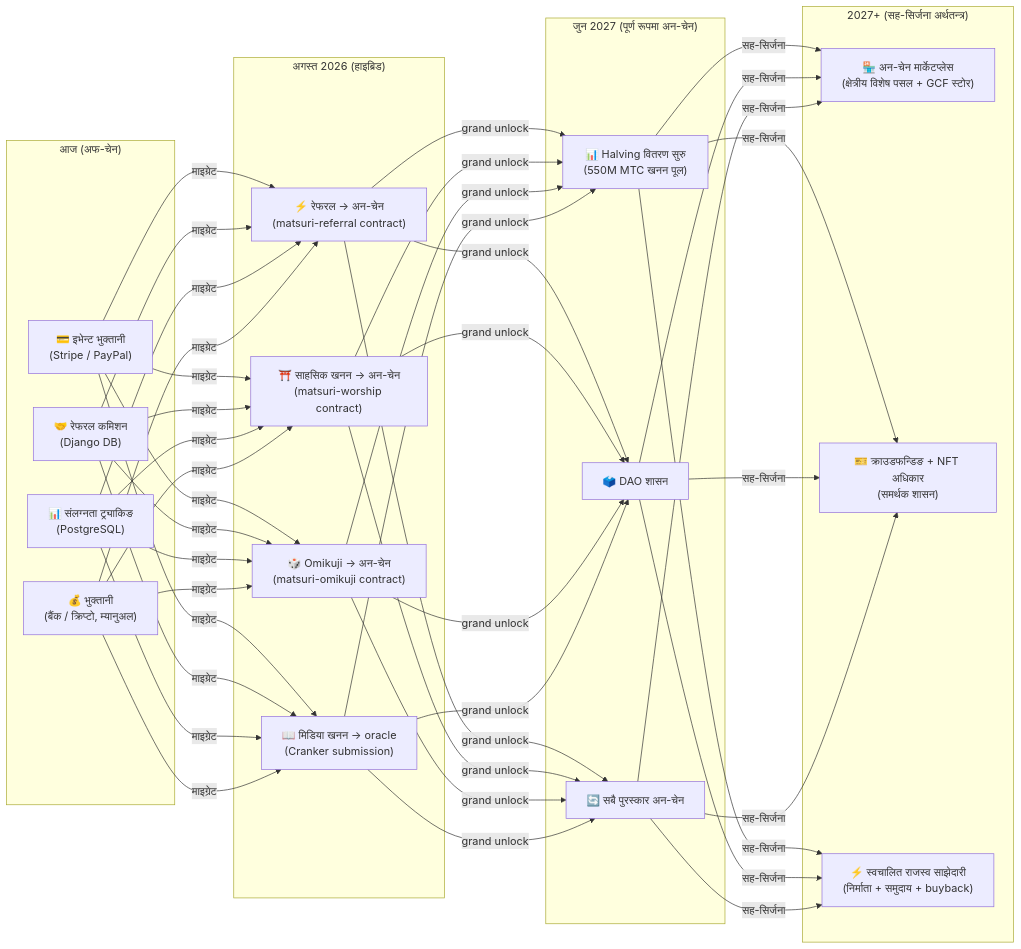
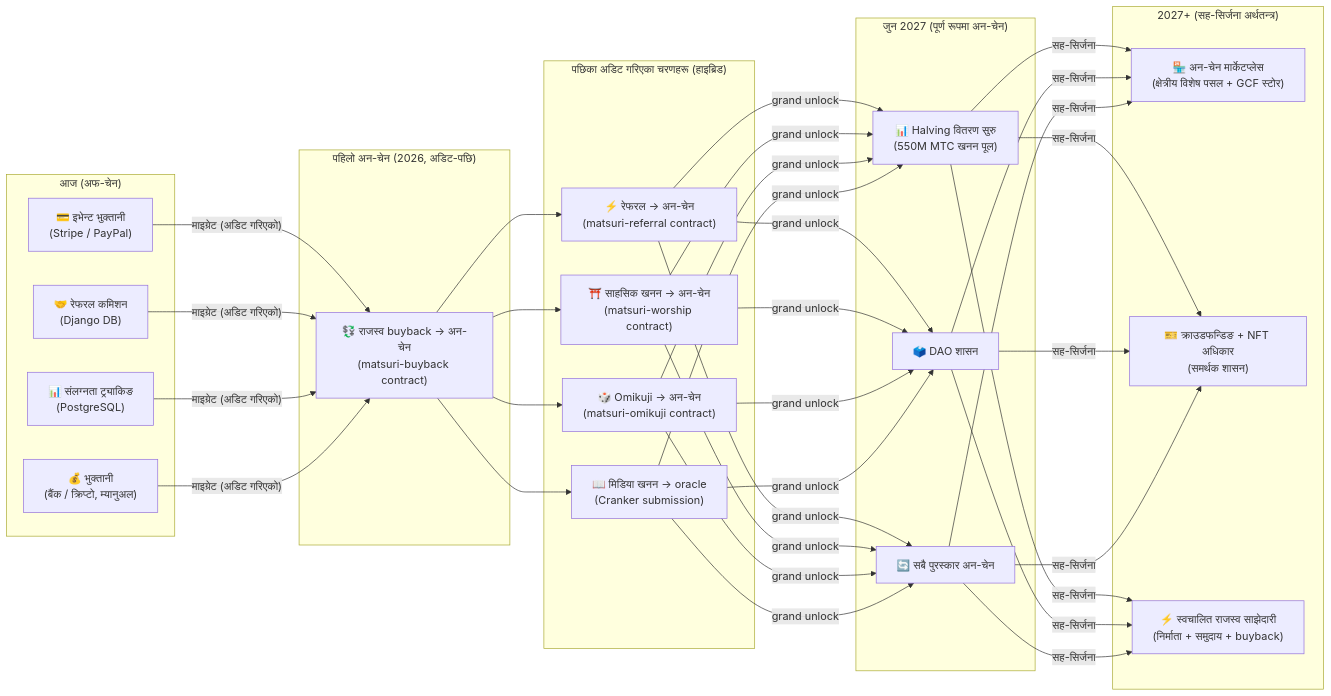
Before and after one commit to Cootakahashi/matsuri-dao-whitepaper: the fourth of 4 diagrams in i18n/ne/docusaurus-plugin-content-docs/current/04-mining.md, drawn with Mermaid. The commit also changed other lines of this file and 79 other files, not shown here.

First line of the commit message:
docs: re-sequence on-chain roadmap to match the staged Hashlock audit (20 locales)

````diff
--- a/i18n/ne/docusaurus-plugin-content-docs/current/04-mining.md
+++ b/i18n/ne/docusaurus-plugin-content-docs/current/04-mining.md
@@ -334,28 +344,32 @@
 ```mermaid
 graph LR
     subgraph "आज (अफ-चेन)"
         O1["💳 इभेन्ट भुक्तानी\n(Stripe / PayPal)"]
         O2["🤝 रेफरल कमिशन\n(Django DB)"]
         O3["📊 संलग्नता ट्र्याकिङ\n(PostgreSQL)"]
         O4["💰 भुक्तानी\n(बैंक / क्रिप्टो, म्यानुअल)"]
     end
-    subgraph "अगस्त 2026 (हाइब्रिड)"
+    subgraph "पहिलो अन-चेन (2026, अडिट-पछि)"
+        H0["💱 राजस्व buyback → अन-चेन\n(matsuri-buyback contract)"]
+    end
+    subgraph "पछिका अडिट गरिएका चरणहरू (हाइब्रिड)"
         H1["⚡ रेफरल → अन-चेन\n(matsuri-referral contract)"]
         H2["⛩️ साहसिक खनन → अन-चेन\n(matsuri-worship contract)"]
         H3["🎲 Omikuji → अन-चेन\n(matsuri-omikuji contract)"]
         H4["📖 मिडिया खनन → oracle\n(Cranker submission)"]
     end
     subgraph "जुन 2027 (पूर्ण रूपमा अन-चेन)"
         F1["📊 Halving वितरण सुरु\n(550M MTC खनन पूल)"]
         F2["🗳️ DAO शासन"]
         F3["🔄 सबै पुरस्कार अन-चेन"]
     end
     subgraph "2027+ (सह-सिर्जना अर्थतन्त्र)"
         G1["🏪 अन-चेन मार्केटप्लेस\n(क्षेत्रीय विशेष पसल + GCF स्टोर)"]
         G2["🎫 क्राउडफन्डिङ + NFT अधिकार\n(समर्थक शासन)"]
         G3["⚡ स्वचालित राजस्व साझेदारी\n(निर्माता + समुदाय + buyback)"]
     end
-    O1 & O2 & O3 & O4 -->|"माइग्रेट"| H1 & H2 & H3 & H4
+    O1 & O2 & O3 & O4 -->|"माइग्रेट (अडिट गरिएको)"| H0
+    H0 --> H1 & H2 & H3 & H4
     H1 & H2 & H3 & H4 -->|"grand unlock"| F1 & F2 & F3
     F1 & F2 & F3 -->|"सह-सिर्जना"| G1 & G2 & G3
 ```
````
